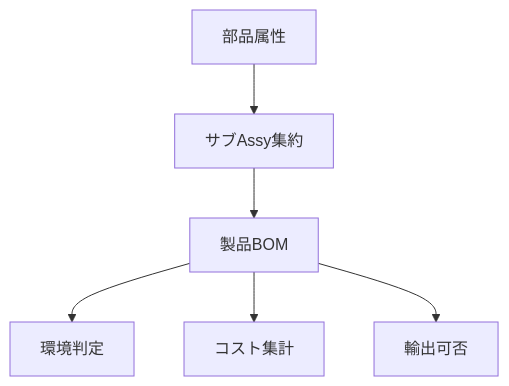
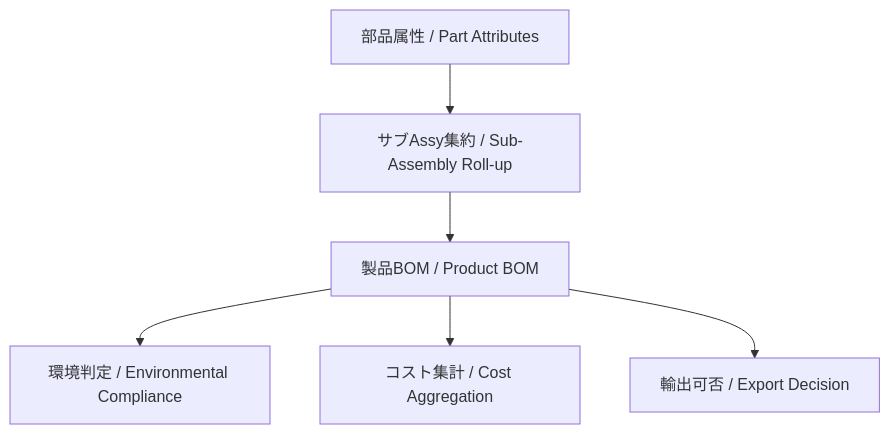
The diagram in 08_production_process/06_bom_generation/rollup_management.md (Samizo-AITL/EduMecha), drawn with Mermaid before and after one commit. The commit also changed other lines of this file, not shown here.

````diff
--- a/08_production_process/06_bom_generation/rollup_management.md
+++ b/08_production_process/06_bom_generation/rollup_management.md
@@ -30,8 +25,8 @@
 ```mermaid
 flowchart TD
-  A[部品属性] --> B[サブAssy集約]
-  B --> C[製品BOM]
-  C --> D[環境判定]
-  C --> E[コスト集計]
-  C --> F[輸出可否]
+  A[部品属性 / Part Attributes] --> B[サブAssy集約 / Sub-Assembly Roll-up]
+  B --> C[製品BOM / Product BOM]
+  C --> D[環境判定 / Environmental Compliance]
+  C --> E[コスト集計 / Cost Aggregation]
+  C --> F[輸出可否 / Export Decision]
 ```
````
